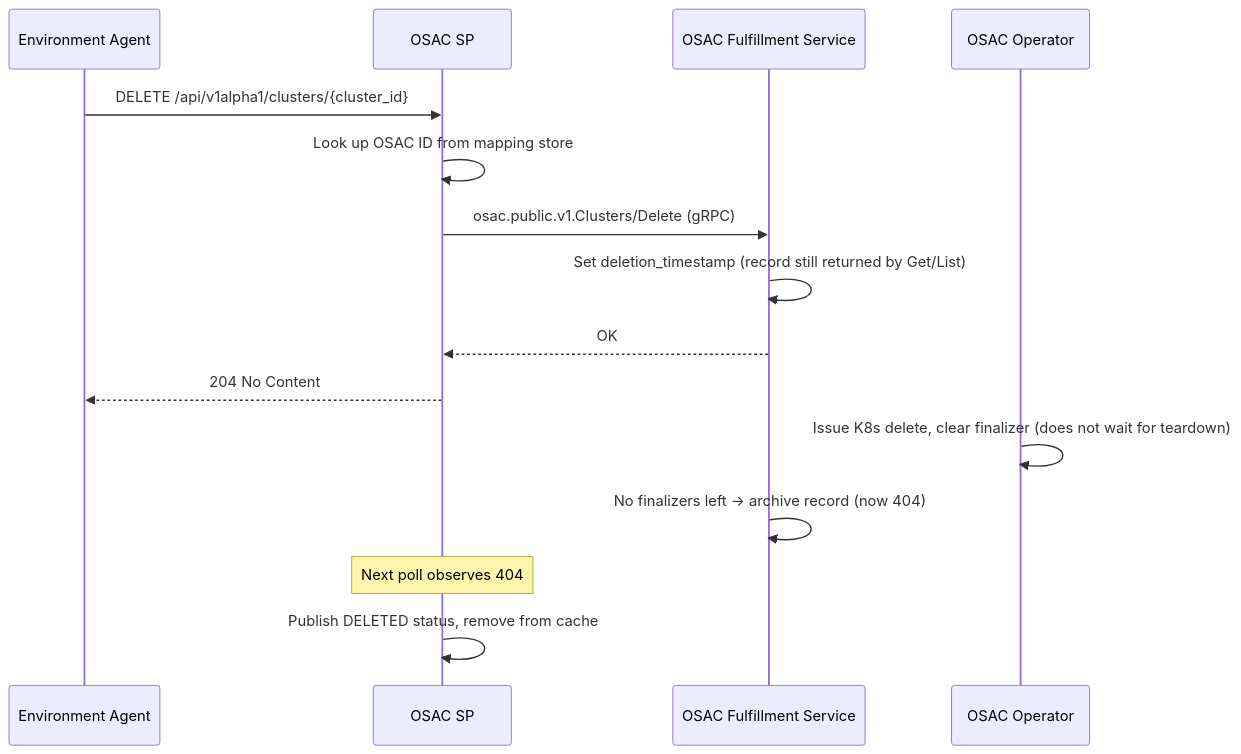
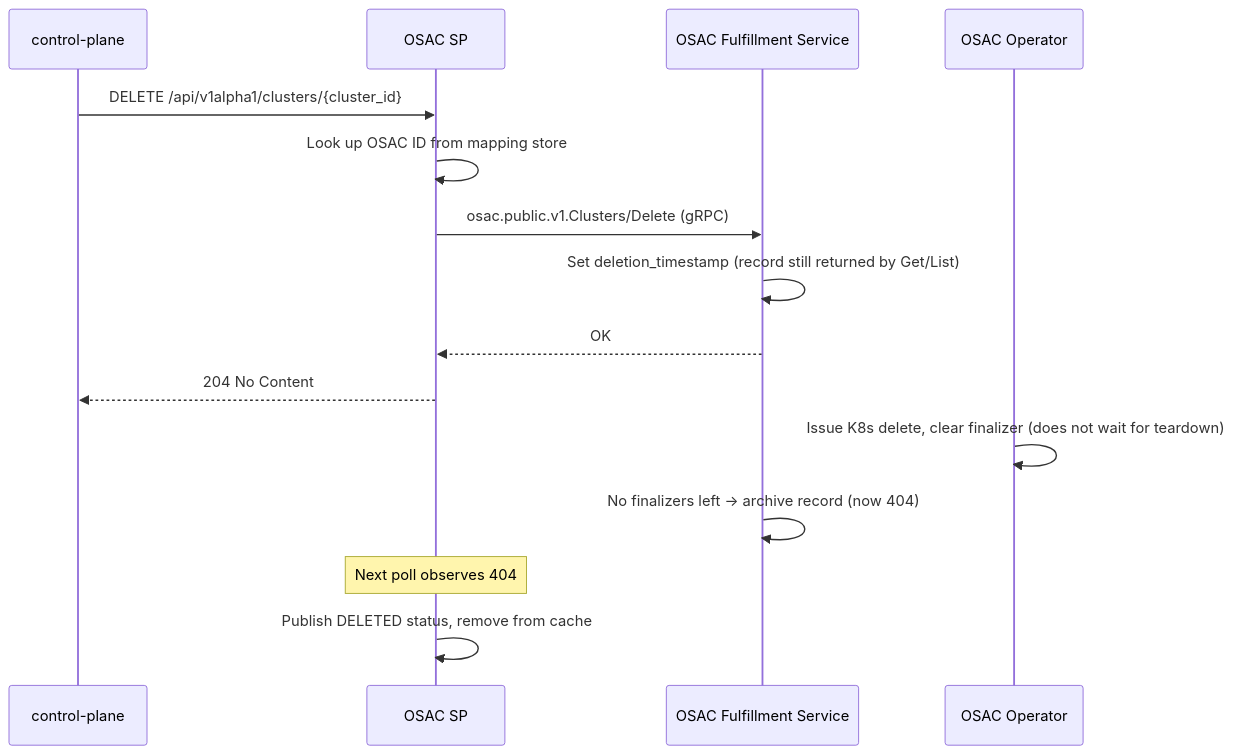
One commit to dcm-project/enhancements changed the eighth of 10 diagrams in enhancements/osac-sp/osac-sp.md. Above: the diagram before and after it, drawn with Mermaid. The commit also changed other lines of this file, not shown here.

First line of the commit message:
osac-sp: two-phase delivery — control-plane (phase 1), environment-agent deferred (phase 2) (#96)

````diff
--- a/enhancements/osac-sp/osac-sp.md
+++ b/enhancements/osac-sp/osac-sp.md
@@ -843,18 +1048,18 @@
 ```mermaid
 sequenceDiagram
-    participant AG as Environment Agent
+    participant CP as control-plane
     participant SP as OSAC SP
     participant FS as OSAC Fulfillment Service
     participant OP as OSAC Operator
 
-    AG->>SP: DELETE /api/v1alpha1/clusters/{cluster_id}
+    CP->>SP: DELETE /api/v1alpha1/clusters/{cluster_id}
     SP->>SP: Look up OSAC ID from mapping store
     SP->>FS: osac.public.v1.Clusters/Delete (gRPC)
     FS->>FS: Set deletion_timestamp (record still returned by Get/List)
     FS-->>SP: OK
-    SP-->>AG: 204 No Content
+    SP-->>CP: 204 No Content
     OP->>OP: Issue K8s delete, clear finalizer (does not wait for teardown)
     FS->>FS: No finalizers left -> archive record (now 404)
     Note over SP: Next poll observes 404
     SP->>SP: Publish DELETED status, remove from cache
 ```
````
